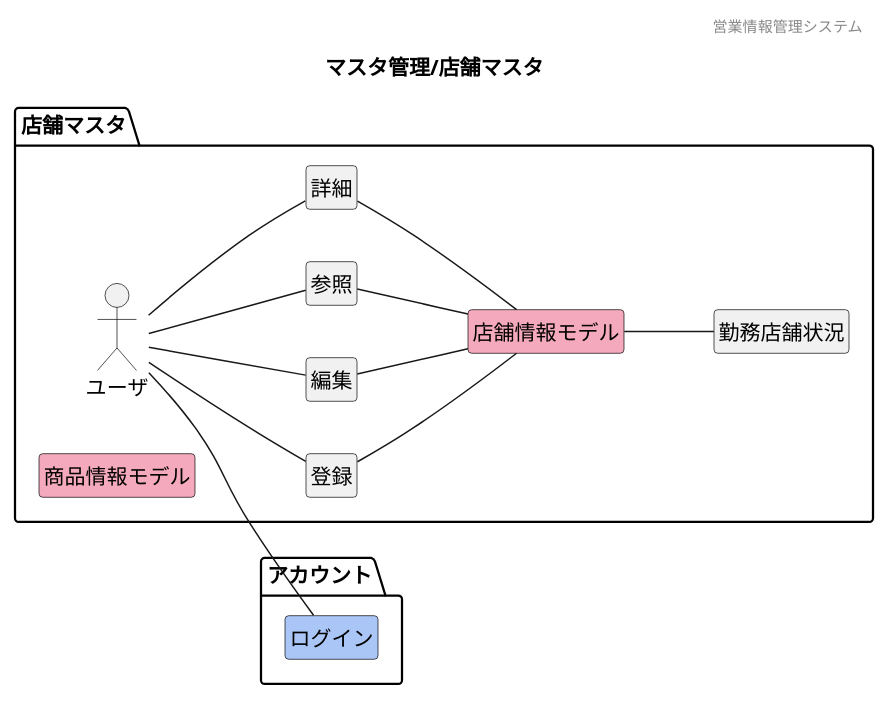
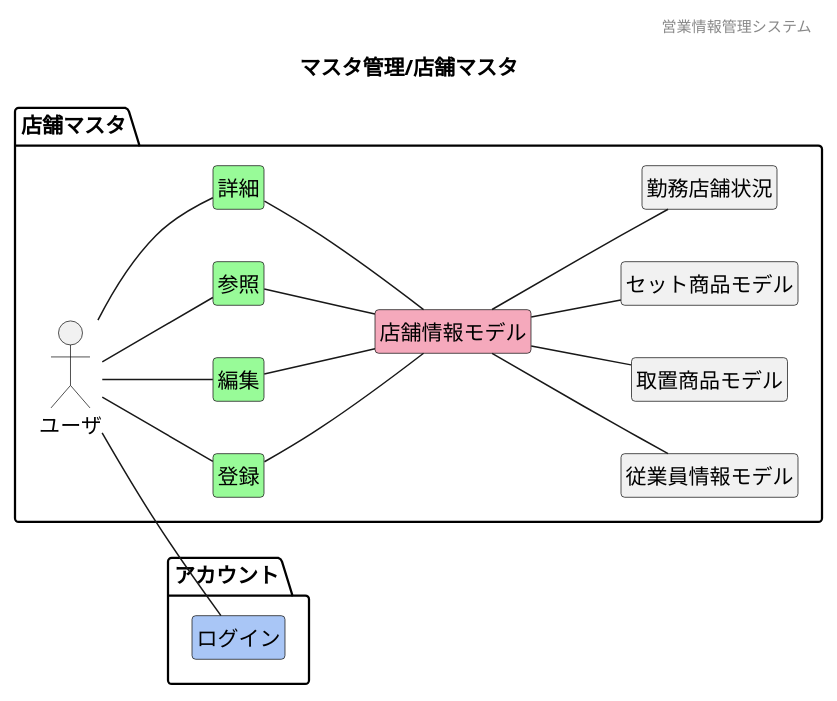
The diagram in 各種設計書/1ドメインモデル図/マスタ管理/F02店舗マスタ.plantuml (HaruShim/Sotuken), drawn with PlantUML before and after one commit. The commit also changed 13 other files, not shown here.

```diff
--- a/各種設計書/1ドメインモデル図/マスタ管理/F02店舗マスタ.plantuml
+++ b/各種設計書/1ドメインモデル図/マスタ管理/F02店舗マスタ.plantuml
@@ -1,59 +1,93 @@
 @startuml images/マスタ管理/店舗マスタ
 ' ヘッダー
 header 営業情報管理システム
 ' タイトル
 title マスタ管理/店舗マスタ
 ' 
 hide circle
 ' 
 hide method
 hide members
 left to right direction
 
 package "アカウント"{
     class "ログイン" #A9C6F6
 }
 
 package "店舗マスタ"{
     mix_actor "ユーザ"
-    class "登録"
-    class "編集"
-    class "参照"
-    class "詳細"
+    class "登録" #98fb98
+    class "編集" #98fb98
+    class "参照" #98fb98
+    class "詳細" #98fb98
     class "店舗情報モデル" #F5A9BC
-    class "商品情報モデル" #F5A9BC
+    class "従業員情報モデル"
+    class "取置商品モデル"
+    class "セット商品モデル"
     ' class "" #F5A9BC
     ' class "" #F5A9BC
     
 
     ユーザ -- 参照
     ユーザ -- 登録
     ユーザ -- 編集
     ユーザ -- 詳細
     参照 -- 店舗情報モデル
     登録 -- 店舗情報モデル
     編集 -- 店舗情報モデル
     詳細 -- 店舗情報モデル
     店舗情報モデル -- 勤務店舗状況
+    店舗情報モデル -- 従業員情報モデル
+    店舗情報モデル -- 取置商品モデル
+    店舗情報モデル -- セット商品モデル
 
     店舗情報モデル : 従業員番号
     店舗情報モデル : 氏名
     店舗情報モデル : 住所
     店舗情報モデル : 電話番号
     店舗情報モデル : 性別
     店舗情報モデル : 年齢
     店舗情報モデル : 生年月日
     店舗情報モデル : 主な店舗
     勤務店舗状況 : 店舗名
     勤務店舗状況 : 従業員数
     勤務店舗状況 : 責任者
     店舗情報モデル : 店舗名
     店舗情報モデル : 住所
     店舗情報モデル : 連絡先
     店舗情報モデル : 店長
     店舗情報モデル : 主な従業員
+    セット商品モデル : セット商品ID
+    セット商品モデル : セット名
+    セット商品モデル : 商品コード
+    セット商品モデル : 型番
+    セット商品モデル : 店舗ID[FK]
+    セット商品モデル : 商品数
+    セット商品モデル : 作成日時
+    セット商品モデル : 最終更新日時
+    取置商品モデル : 取置予約ID
+    取置商品モデル : 商品コード[FK]
+    取置商品モデル : 型番
+    取置商品モデル : 店舗ID[FK]
+    取置商品モデル : 予約者氏名
+    取置商品モデル : 連絡先
+    取置商品モデル : 予約日時
+    取置商品モデル : 最終更新日時
+    従業員情報モデル : 従業員ID
+    従業員情報モデル : 雇用形態
+    従業員情報モデル : 店舗ID[FK]
+    従業員情報モデル : 氏名
+    従業員情報モデル : 氏名(カナ)
+    従業員情報モデル : 電話番号
+    従業員情報モデル : 性別
+    従業員情報モデル : 生年月日
+    従業員情報モデル : 年齢
+    従業員情報モデル : パスワード
+    従業員情報モデル : 無効フラグ
+    従業員情報モデル : 作成日時
+    従業員情報モデル : 最終更新日時
 }
 
 ユーザ -- ログイン
 
 @enduml
```
